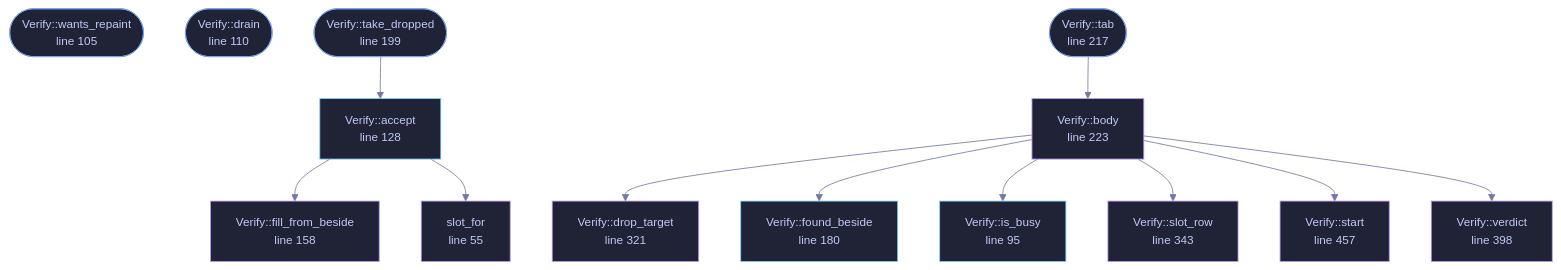
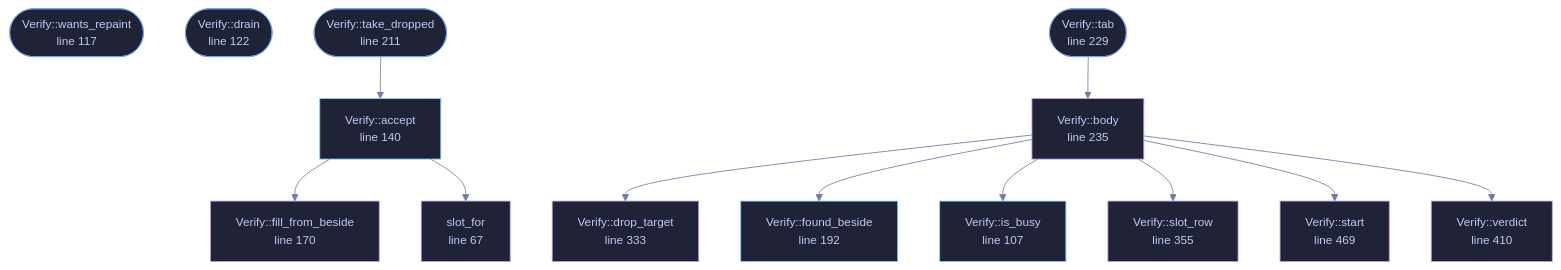
Before and after one commit to tilas01/veilvoice: the diagram in wiki/File-veilvoice-gui-verify.md, drawn with Mermaid. The commit also changed other lines of this file and 487 other files, not shown here.

````diff
--- a/wiki/File-veilvoice-gui-verify.md
+++ b/wiki/File-veilvoice-gui-verify.md
@@ -77,48 +90,48 @@
 ```mermaid
 %%{init: {"theme":"base","themeVariables":{"background":"#1a1b26","primaryColor":"#1f2335","primaryTextColor":"#c0caf5","primaryBorderColor":"#7aa2f7","secondaryColor":"#16161e","tertiaryColor":"#16161e","lineColor":"#737aa2","textColor":"#c0caf5","mainBkg":"#1f2335","nodeBorder":"#7aa2f7","clusterBkg":"#16161e","clusterBorder":"#2f3549","fontFamily":"ui-monospace, SFMono-Regular, Consolas, monospace","fontSize":"14px"}}}%%
 flowchart TD
-    n_slot_for["slot_for<br/>line 55"]
-    n_is_busy["Verify::is_busy<br/>line 95"]
-    n_wants_repaint(["Verify::wants_repaint<br/>line 105"])
-    n_drain(["Verify::drain<br/>line 110"])
-    n_accept["Verify::accept<br/>line 128"]
-    n_fill_from_beside["Verify::fill_from_beside<br/>line 158"]
-    n_found_beside["Verify::found_beside<br/>line 180"]
-    n_take_dropped(["Verify::take_dropped<br/>line 199"])
-    n_tab(["Verify::tab<br/>line 217"])
-    n_body["Verify::body<br/>line 223"]
-    n_drop_target["Verify::drop_target<br/>line 321"]
-    n_slot_row["Verify::slot_row<br/>line 343"]
-    n_verdict["Verify::verdict<br/>line 398"]
-    n_start["Verify::start<br/>line 457"]
+    n_slot_for["slot_for<br/>line 67"]
+    n_is_busy["Verify::is_busy<br/>line 107"]
+    n_wants_repaint(["Verify::wants_repaint<br/>line 117"])
+    n_drain(["Verify::drain<br/>line 122"])
+    n_accept["Verify::accept<br/>line 140"]
+    n_fill_from_beside["Verify::fill_from_beside<br/>line 170"]
+    n_found_beside["Verify::found_beside<br/>line 192"]
+    n_take_dropped(["Verify::take_dropped<br/>line 211"])
+    n_tab(["Verify::tab<br/>line 229"])
+    n_body["Verify::body<br/>line 235"]
+    n_drop_target["Verify::drop_target<br/>line 333"]
+    n_slot_row["Verify::slot_row<br/>line 355"]
+    n_verdict["Verify::verdict<br/>line 410"]
+    n_start["Verify::start<br/>line 469"]
     n_accept --> n_fill_from_beside
     n_accept --> n_slot_for
     n_body --> n_drop_target
     n_body --> n_found_beside
     n_body --> n_is_busy
     n_body --> n_slot_row
     n_body --> n_start
     n_body --> n_verdict
     n_tab --> n_body
     n_take_dropped --> n_accept
-    click n_slot_for href "https://github.com/tilas01/veilvoice/blob/main/crates/veilvoice-gui/src/verify.rs#L55" "open the source"
-    click n_is_busy href "https://github.com/tilas01/veilvoice/blob/main/crates/veilvoice-gui/src/verify.rs#L95" "open the source"
-    click n_wants_repaint href "https://github.com/tilas01/veilvoice/blob/main/crates/veilvoice-gui/src/verify.rs#L105" "open the source"
-    click n_drain href "https://github.com/tilas01/veilvoice/blob/main/crates/veilvoice-gui/src/verify.rs#L110" "open the source"
-    click n_accept href "https://github.com/tilas01/veilvoice/blob/main/crates/veilvoice-gui/src/verify.rs#L128" "open the source"
-    click n_fill_from_beside href "https://github.com/tilas01/veilvoice/blob/main/crates/veilvoice-gui/src/verify.rs#L158" "open the source"
-    click n_found_beside href "https://github.com/tilas01/veilvoice/blob/main/crates/veilvoice-gui/src/verify.rs#L180" "open the source"
-    click n_take_dropped href "https://github.com/tilas01/veilvoice/blob/main/crates/veilvoice-gui/src/verify.rs#L199" "open the source"
-    click n_tab href "https://github.com/tilas01/veilvoice/blob/main/crates/veilvoice-gui/src/verify.rs#L217" "open the source"
-    click n_body href "https://github.com/tilas01/veilvoice/blob/main/crates/veilvoice-gui/src/verify.rs#L223" "open the source"
-    click n_drop_target href "https://github.com/tilas01/veilvoice/blob/main/crates/veilvoice-gui/src/verify.rs#L321" "open the source"
-    click n_slot_row href "https://github.com/tilas01/veilvoice/blob/main/crates/veilvoice-gui/src/verify.rs#L343" "open the source"
-    click n_verdict href "https://github.com/tilas01/veilvoice/blob/main/crates/veilvoice-gui/src/verify.rs#L398" "open the source"
-    click n_start href "https://github.com/tilas01/veilvoice/blob/main/crates/veilvoice-gui/src/verify.rs#L457" "open the source"
+    click n_slot_for href "https://github.com/tilas01/veilvoice/blob/main/crates/veilvoice-gui/src/verify.rs#L67" "open the source"
+    click n_is_busy href "https://github.com/tilas01/veilvoice/blob/main/crates/veilvoice-gui/src/verify.rs#L107" "open the source"
+    click n_wants_repaint href "https://github.com/tilas01/veilvoice/blob/main/crates/veilvoice-gui/src/verify.rs#L117" "open the source"
+    click n_drain href "https://github.com/tilas01/veilvoice/blob/main/crates/veilvoice-gui/src/verify.rs#L122" "open the source"
+    click n_accept href "https://github.com/tilas01/veilvoice/blob/main/crates/veilvoice-gui/src/verify.rs#L140" "open the source"
+    click n_fill_from_beside href "https://github.com/tilas01/veilvoice/blob/main/crates/veilvoice-gui/src/verify.rs#L170" "open the source"
+    click n_found_beside href "https://github.com/tilas01/veilvoice/blob/main/crates/veilvoice-gui/src/verify.rs#L192" "open the source"
+    click n_take_dropped href "https://github.com/tilas01/veilvoice/blob/main/crates/veilvoice-gui/src/verify.rs#L211" "open the source"
+    click n_tab href "https://github.com/tilas01/veilvoice/blob/main/crates/veilvoice-gui/src/verify.rs#L229" "open the source"
+    click n_body href "https://github.com/tilas01/veilvoice/blob/main/crates/veilvoice-gui/src/verify.rs#L235" "open the source"
+    click n_drop_target href "https://github.com/tilas01/veilvoice/blob/main/crates/veilvoice-gui/src/verify.rs#L333" "open the source"
+    click n_slot_row href "https://github.com/tilas01/veilvoice/blob/main/crates/veilvoice-gui/src/verify.rs#L355" "open the source"
+    click n_verdict href "https://github.com/tilas01/veilvoice/blob/main/crates/veilvoice-gui/src/verify.rs#L410" "open the source"
+    click n_start href "https://github.com/tilas01/veilvoice/blob/main/crates/veilvoice-gui/src/verify.rs#L469" "open the source"
     classDef entry fill:#1f2335,stroke:#7aa2f7,color:#c0caf5
     class n_wants_repaint,n_drain,n_take_dropped,n_tab entry
     classDef api fill:#1f2335,stroke:#7dcfff,color:#c0caf5
     class n_is_busy,n_accept,n_found_beside api
     classDef helper fill:#1f2335,stroke:#bb9af7,color:#c0caf5
     class n_slot_for,n_fill_from_beside,n_body,n_drop_target,n_slot_row,n_verdict,n_start helper
 ```
````
